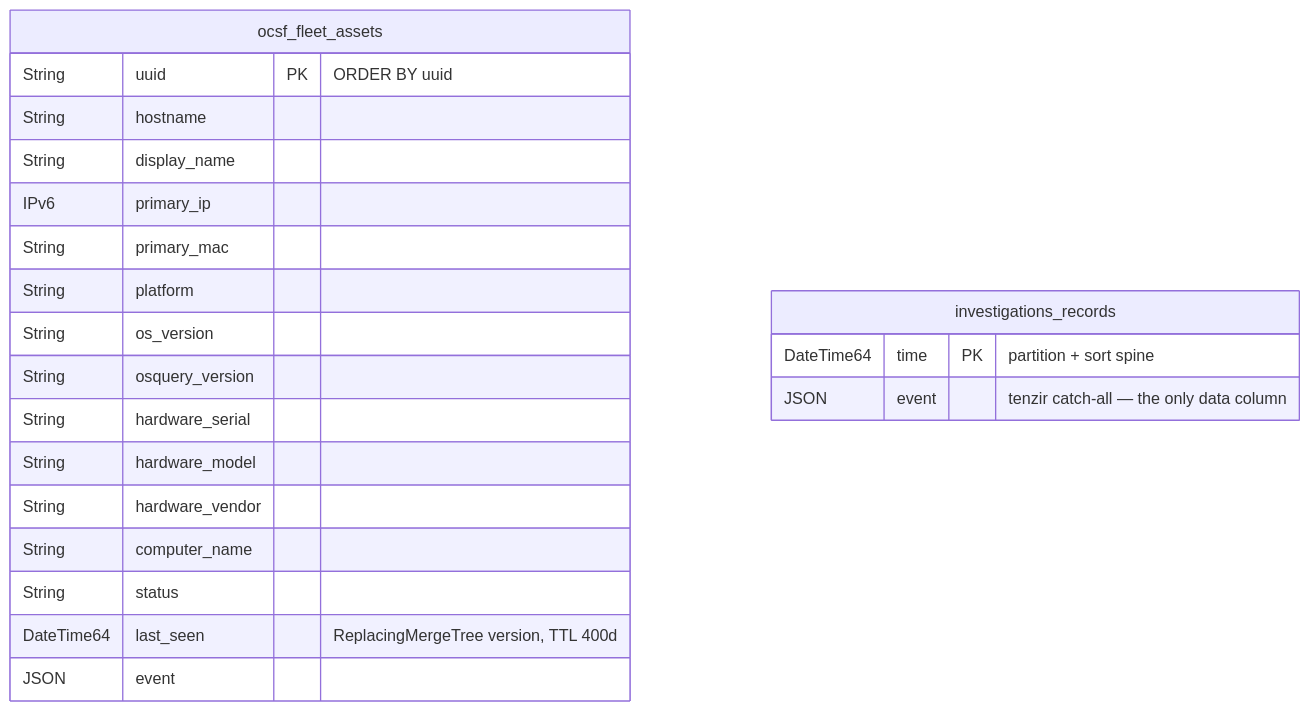
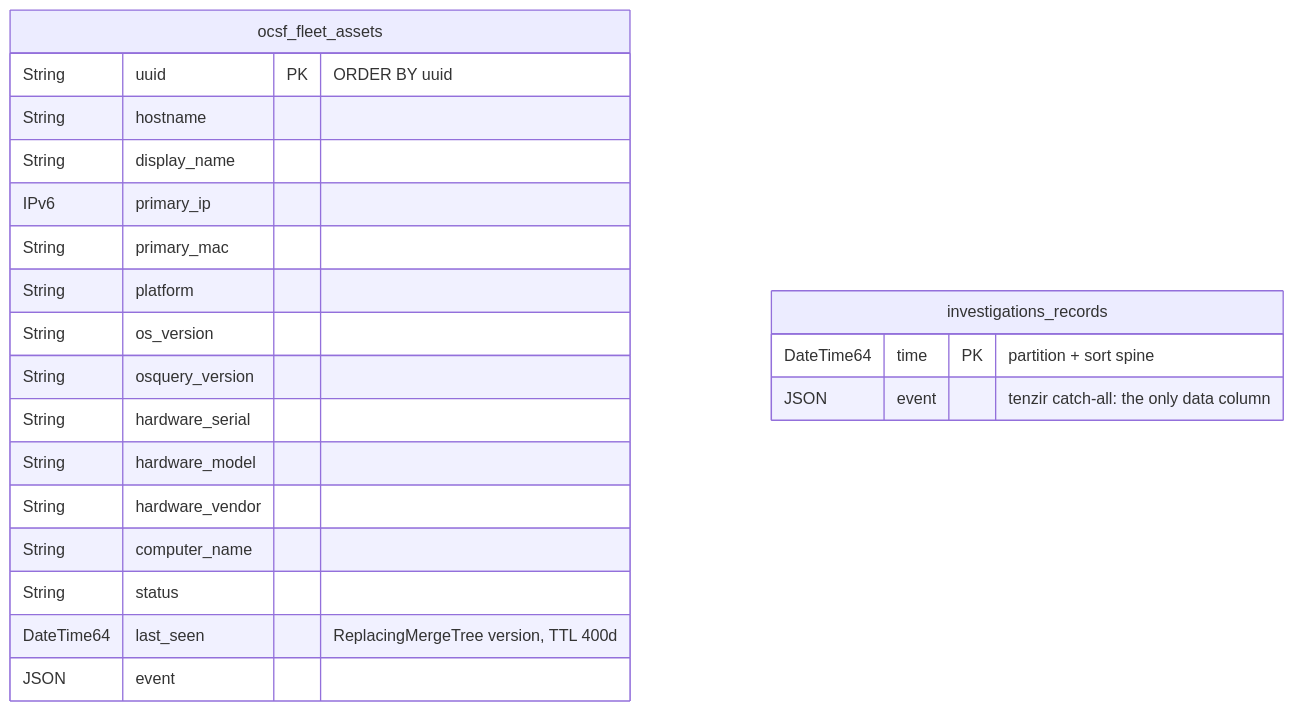
One commit to Apocrathia/homelab changed the sixth of 6 diagrams in flux/manifests/04-apps/security/tenzir/clickhouse/README.md. Above: the diagram before and after it, drawn with Mermaid. The commit also changed other lines of this file and 777 other files, not shown here.

````diff
--- a/flux/manifests/04-apps/security/tenzir/clickhouse/README.md
+++ b/flux/manifests/04-apps/security/tenzir/clickhouse/README.md
@@ -541,24 +535,24 @@
 ```mermaid
 erDiagram
     ocsf_fleet_assets {
         String uuid PK "ORDER BY uuid"
         String hostname
         String display_name
         IPv6 primary_ip
         String primary_mac
         String platform
         String os_version
         String osquery_version
         String hardware_serial
         String hardware_model
         String hardware_vendor
         String computer_name
         String status
         DateTime64 last_seen "ReplacingMergeTree version, TTL 400d"
         JSON event
     }
     investigations_records {
         DateTime64 time PK "partition + sort spine"
-        JSON event "tenzir catch-all — the only data column"
+        JSON event "tenzir catch-all: the only data column"
     }
 ```
````
